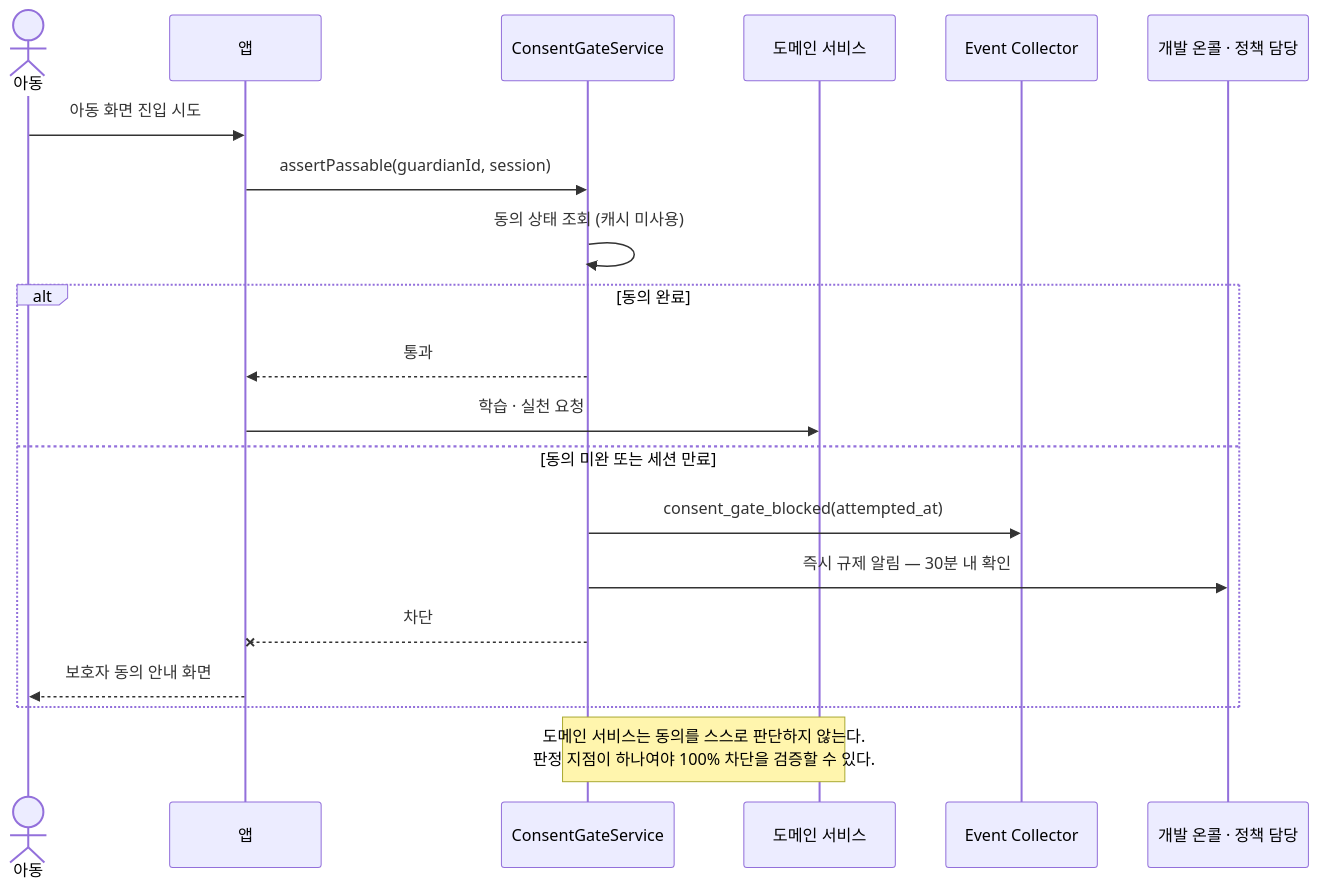
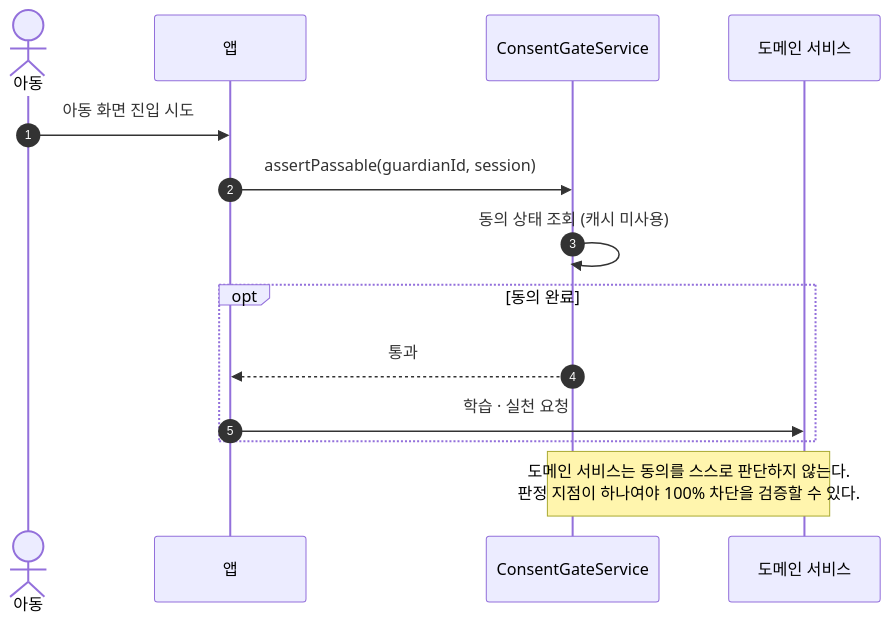
Before and after one commit to new-rim/finfriends-prd-to-srs: diagram 16 of 51 in DESIGN_finfriends-v1_0.md, drawn with Mermaid. The commit also changed other lines of this file and 1 other file, not shown here.

````diff
--- a/DESIGN_finfriends-v1_0.md
+++ b/DESIGN_finfriends-v1_0.md
@@ -1138,25 +1215,19 @@
 ```mermaid
 sequenceDiagram
+    autonumber
     actor C as 아동
     participant APP as 앱
     participant CA as ConsentGateService
     participant DS as 도메인 서비스
-    participant EC as Event Collector
-    participant OC as 개발 온콜 · 정책 담당
 
     C->>APP: 아동 화면 진입 시도
     APP->>CA: assertPassable(guardianId, session)
     CA->>CA: 동의 상태 조회 (캐시 미사용)
 
-    alt 동의 완료
+    opt 동의 완료
         CA-->>APP: 통과
         APP->>DS: 학습 · 실천 요청
-    else 동의 미완 또는 세션 만료
-        CA->>EC: consent_gate_blocked(attempted_at)
-        CA->>OC: 즉시 규제 알림 — 30분 내 확인
-        CA--xAPP: 차단
-        APP-->>C: 보호자 동의 안내 화면
     end
 
     Note over CA,DS: 도메인 서비스는 동의를 스스로 판단하지 않는다.<br/>판정 지점이 하나여야 100% 차단을 검증할 수 있다.
 ```
````
